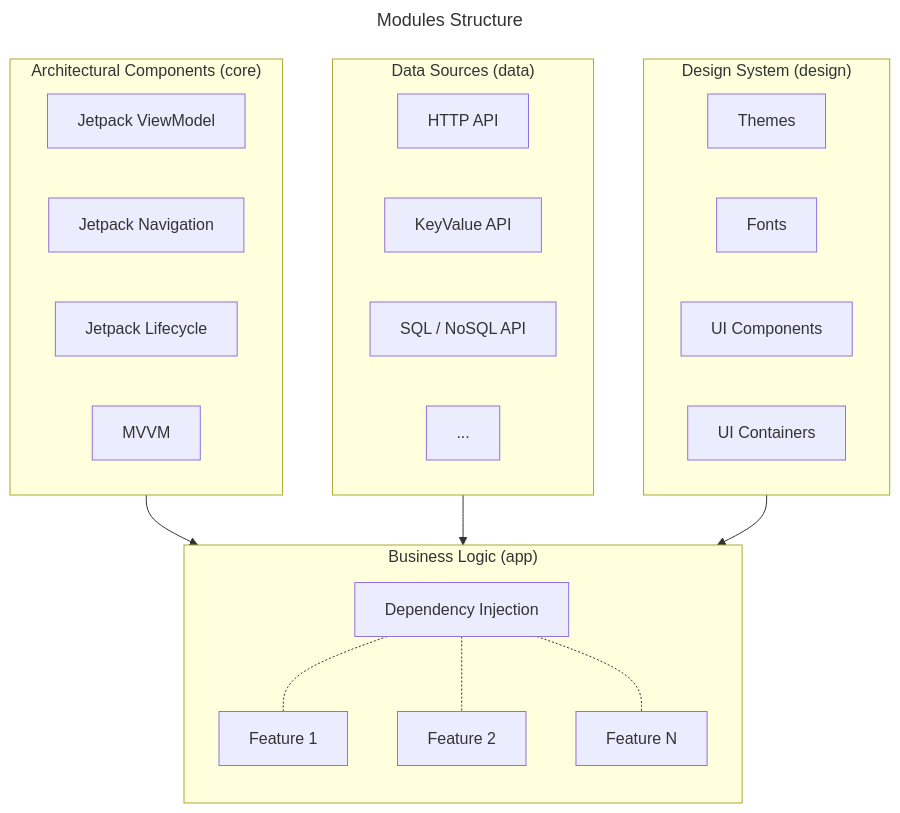
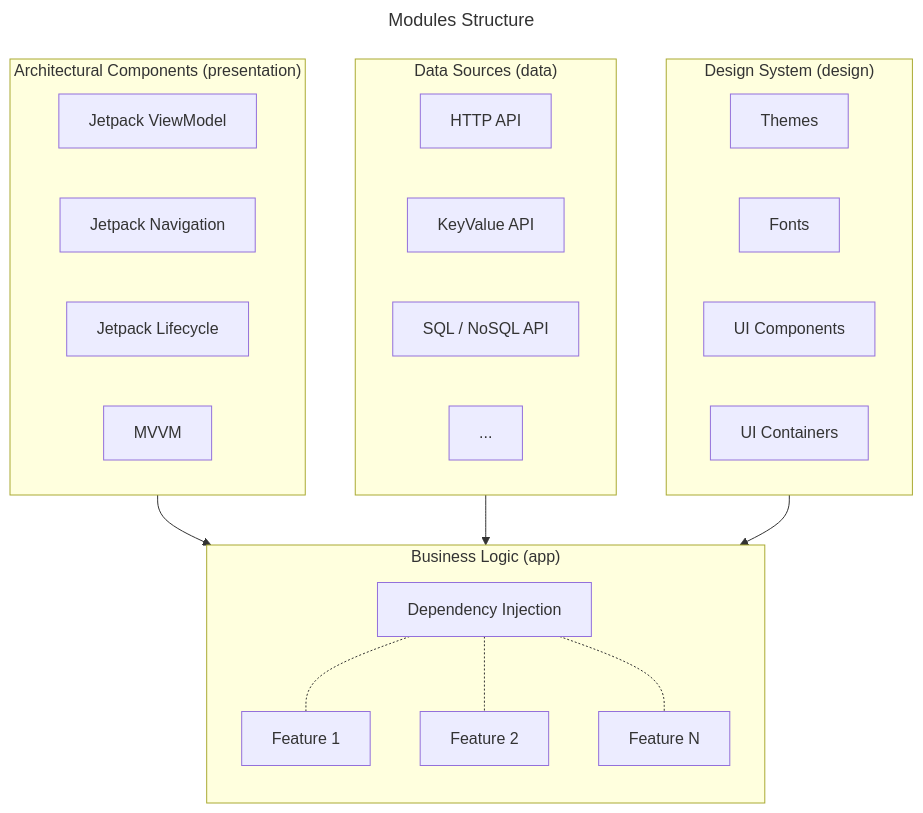
One commit to kotlitecture/template-multiplatform-compose changed the diagram in README.md. Above: the diagram before and after it, drawn with Mermaid. The commit also changed other lines of this file and 161 other files, not shown here.

````diff
--- a/README.md
+++ b/README.md
@@ -29,37 +29,37 @@
 ```mermaid
 ---
 title: Modules Structure
 ---
 flowchart TB
-    subgraph core["Architectural Components (core)"]
+    subgraph presentation["Architectural Components (presentation)"]
         a1["Jetpack ViewModel"]
         a2["Jetpack Navigation"]
         a3["Jetpack Lifecycle"]
         a4["MVVM"]
     end
     subgraph data["Data Sources (data)"]
         b1["HTTP API"]
         b2["KeyValue API"]
         b3["SQL / NoSQL API"]
         b4["..."]
     end
     subgraph design["Design System (design)"]
         c1["Themes"]
         c2["Fonts"]
         c3["UI Components"]
         c4["UI Containers"]
     end
     subgraph app["Business Logic (app)"]
         direction TB
         d1["Dependency Injection"]
         d2["Feature 1"]
         d3["Feature 2"]
         d4["Feature N"]
         d1 -.- d2
         d1 -.- d3
         d1 -.- d4
     end
-    core --> app
+    presentation --> app
     data --> app
     design --> app
 ```
````
